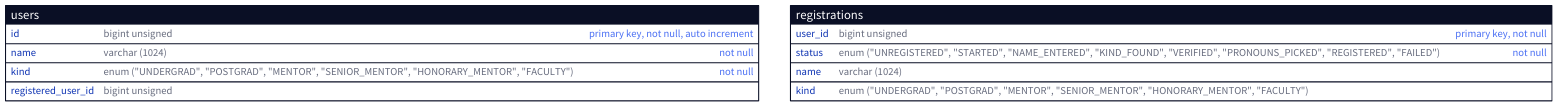
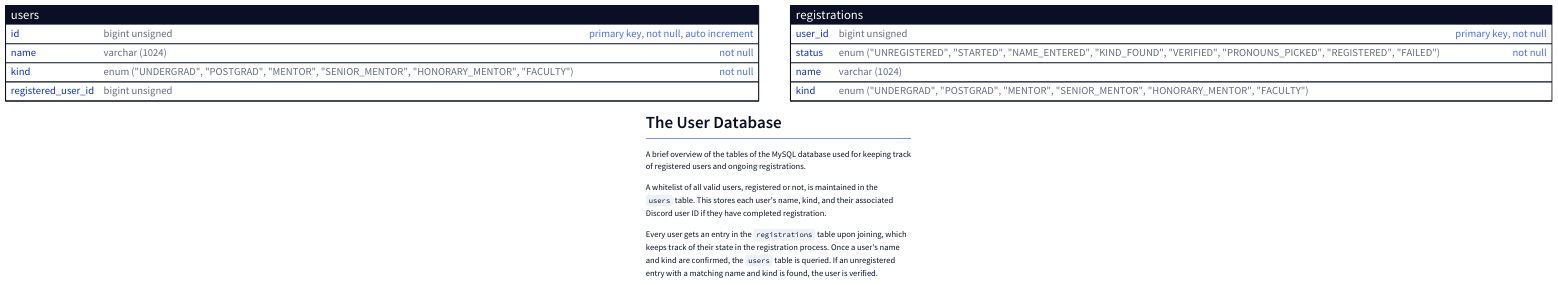
Before and after one commit to Carnagion/norris: the diagram in docs/src/database-schema.d2, drawn with D2. The commit also changed 1 other file, not shown here.

Commit message:
Update database schema diagram

```diff
--- a/docs/src/database-schema.d2
+++ b/docs/src/database-schema.d2
@@ -1,38 +1,56 @@
+about: |md
+    # The User Database
+    
+    A brief overview of the tables of the MySQL database used for keeping track  
+    of registered users and ongoing registrations.
+
+    A whitelist of all valid users, registered or not, is maintained in the  
+    `users` table. This stores each user's name, kind, and their associated  
+    Discord user ID if they have completed registration.
+
+    Every user gets an entry in the `registrations` table upon joining, which  
+    keeps track of their state in the registration process. Once a user's name  
+    and kind are confirmed, the `users` table is queried. If an unregistered  
+    entry with a matching name and kind is found, the user is verified.
+| {
+    near: bottom-center
+}
+
 users: {
     shape: sql_table
     id: "bigint unsigned" {
         constraint: [
             "primary key";
             "not null";
             "auto increment";
         ]
     }
     name: "varchar (1024)" {
         constraint: [
             "not null";
         ]
     }
     kind: "enum (\"UNDERGRAD\", \"POSTGRAD\", \"MENTOR\", \"SENIOR_MENTOR\", \"HONORARY_MENTOR\", \"FACULTY\")" {
         constraint: [
             "not null";
         ]
     }
     registered_user_id: "bigint unsigned"
 }
 
 registrations: {
     shape: sql_table
     user_id: "bigint unsigned" {
         constraint: [
             "primary key";
             "not null";
         ]
     }
     status: "enum (\"UNREGISTERED\", \"STARTED\", \"NAME_ENTERED\", \"KIND_FOUND\", \"VERIFIED\", \"PRONOUNS_PICKED\", \"REGISTERED\", \"FAILED\")" {
         constraint: [
             "not null";
         ]
     }
     name: "varchar (1024)"
     kind: "enum (\"UNDERGRAD\", \"POSTGRAD\", \"MENTOR\", \"SENIOR_MENTOR\", \"HONORARY_MENTOR\", \"FACULTY\")"
 }
```
